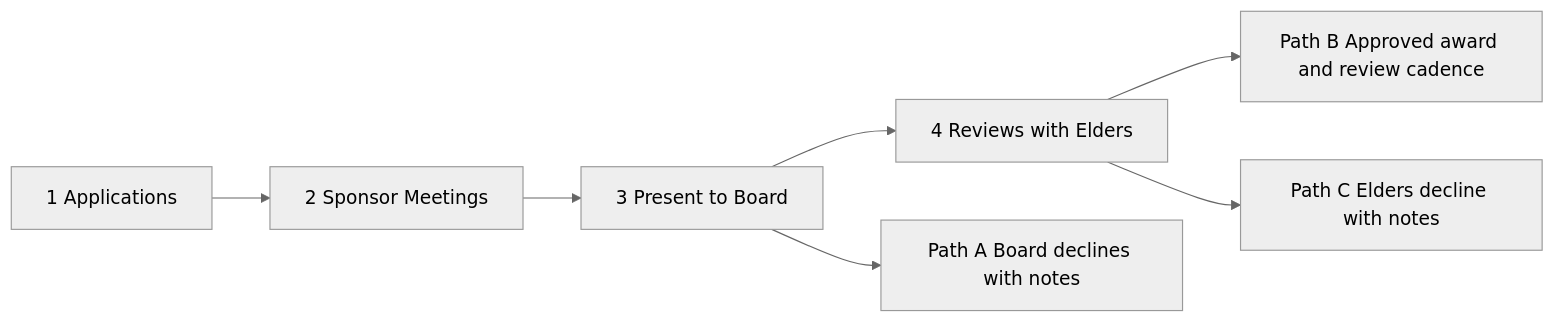
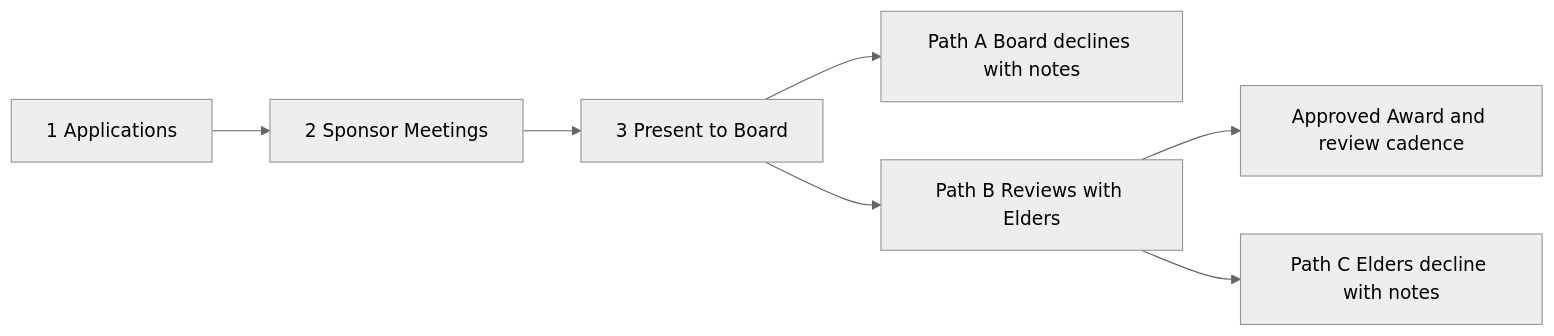
One commit to north-consulting-services/SBC changed the diagram in notes/process-ceremony-overview.md. Above: the diagram before and after it, drawn with Mermaid (neutral theme). The commit also changed other lines of this file and 4 other files, not shown here.

First line of the commit message:
Label Reviews with Elders as Path B.

````diff
--- a/notes/process-ceremony-overview.md
+++ b/notes/process-ceremony-overview.md
@@ -29,14 +26,16 @@
 ```mermaid
 flowchart LR
   apps[1 Applications]
   sponsor[2 Sponsor Meetings]
   present[3 Present to Board]
-  elders[4 Reviews with Elders]
-  pathB[Path B Approved award and review cadence]
   pathA[Path A Board declines with notes]
+  pathB[Path B Reviews with Elders]
+  approved[Approved Award and review cadence]
   pathC[Path C Elders decline with notes]
 
-  apps --> sponsor --> present --> elders --> pathB
+  apps --> sponsor --> present
   present --> pathA
-  elders --> pathC
+  present --> pathB
+  pathB --> approved
+  pathB --> pathC
 ```
````
